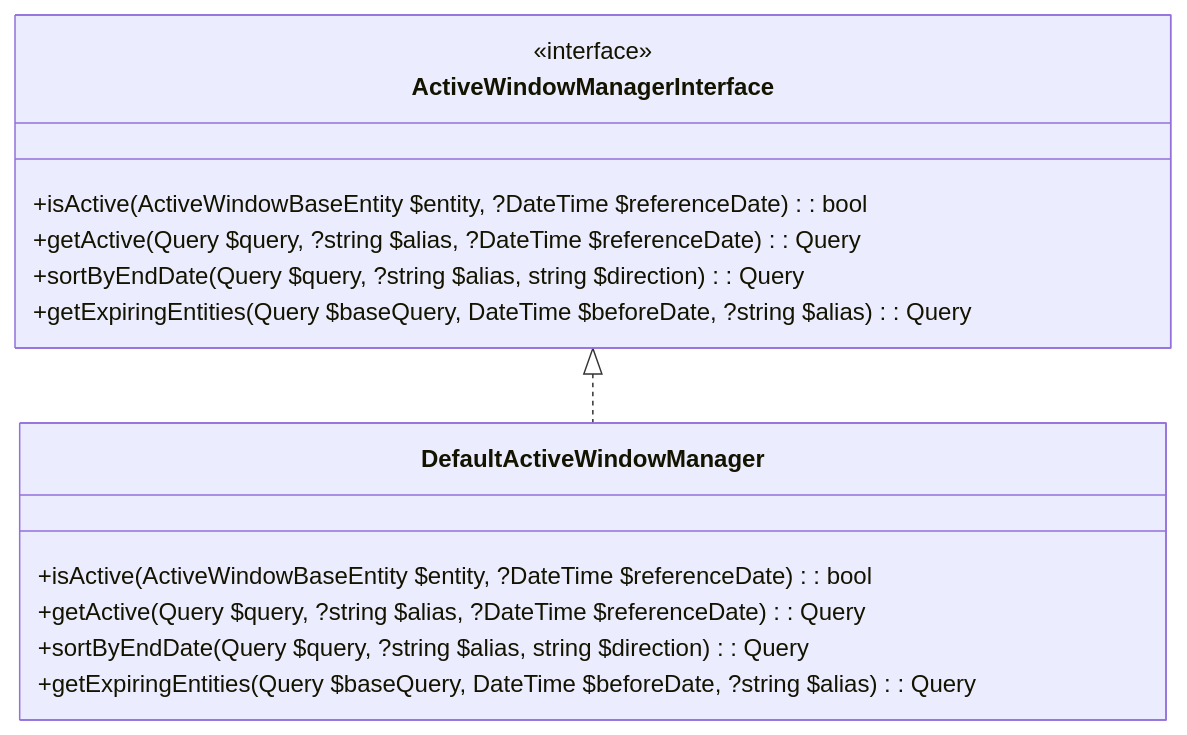
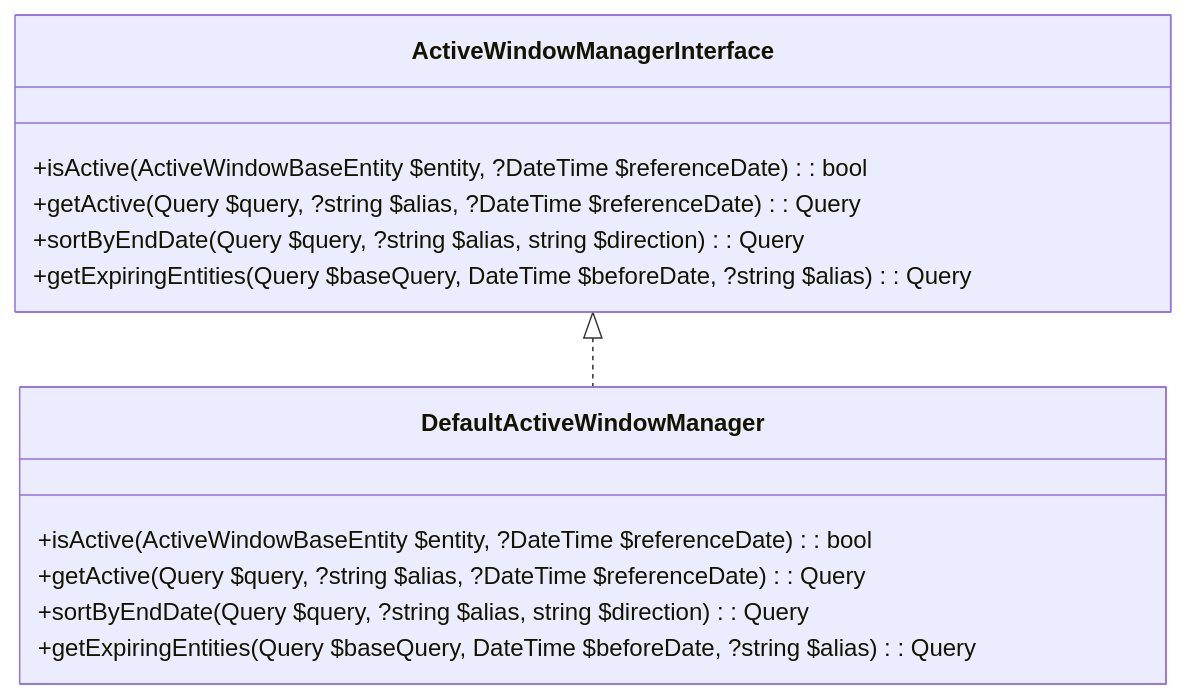
One commit to Ansteorra/KMP changed the second of 3 diagrams in docs/7-services.md. Above: the diagram before and after it, drawn with Mermaid. The commit also changed other lines of this file and 19 other files, not shown here.

````diff
--- a/docs/7-services.md
+++ b/docs/7-services.md
@@ -101,19 +107,18 @@
 ```mermaid
 classDiagram
     class ActiveWindowManagerInterface {
-        <<interface>>
         +isActive(ActiveWindowBaseEntity $entity, ?DateTime $referenceDate): bool
         +getActive(Query $query, ?string $alias, ?DateTime $referenceDate): Query
         +sortByEndDate(Query $query, ?string $alias, string $direction): Query
         +getExpiringEntities(Query $baseQuery, DateTime $beforeDate, ?string $alias): Query
     }
     
     class DefaultActiveWindowManager {
         +isActive(ActiveWindowBaseEntity $entity, ?DateTime $referenceDate): bool
         +getActive(Query $query, ?string $alias, ?DateTime $referenceDate): Query
         +sortByEndDate(Query $query, ?string $alias, string $direction): Query
         +getExpiringEntities(Query $baseQuery, DateTime $beforeDate, ?string $alias): Query
     }
     
     ActiveWindowManagerInterface <|.. DefaultActiveWindowManager
 ```
````
